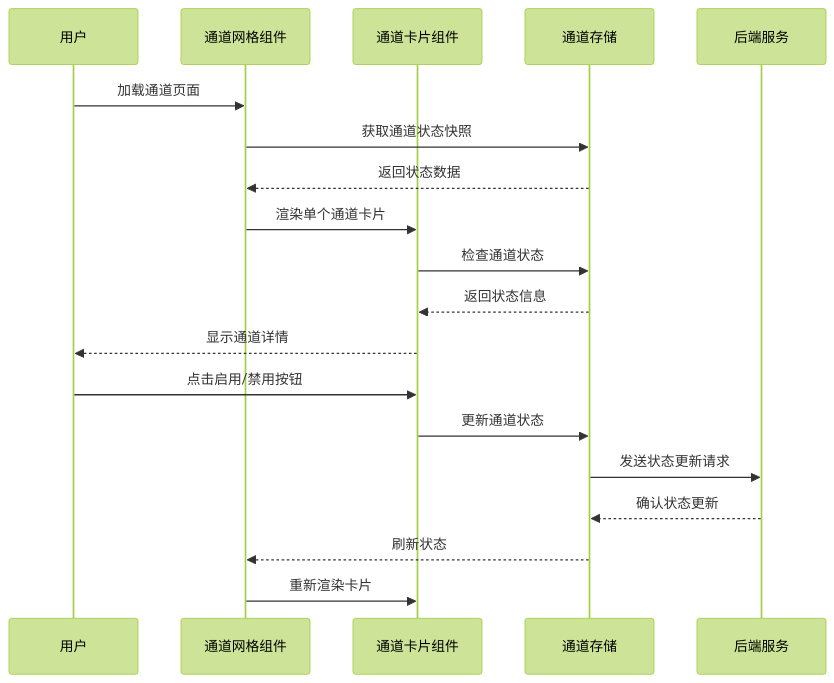
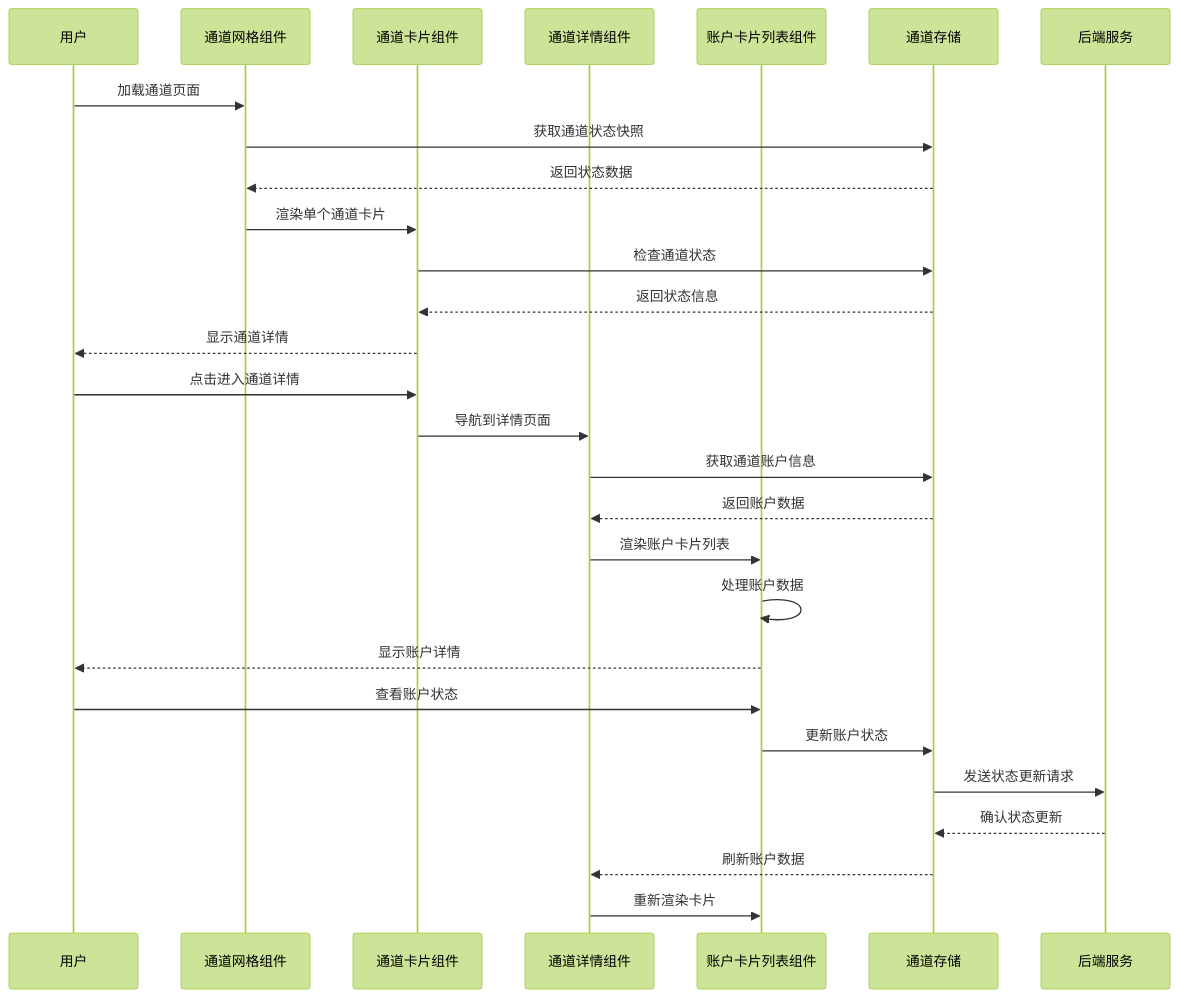
The second of 7 diagrams in .qoder/repowiki/zh/content/Web界面/UI组件系统/通道网格布局系统.md (verse-ai-org/openclaw), drawn with Mermaid (forest theme) before and after one commit. The commit also changed other lines of this file and 86 other files, not shown here.

````diff
--- a/.qoder/repowiki/zh/content/Web界面/UI组件系统/通道网格布局系统.md
+++ b/.qoder/repowiki/zh/content/Web界面/UI组件系统/通道网格布局系统.md
@@ -115,21 +157,30 @@
 ```mermaid
 sequenceDiagram
 participant User as 用户
 participant ChannelGrid as 通道网格组件
 participant ChannelCard as 通道卡片组件
+participant ChannelDetail as 通道详情组件
+participant AccountCardList as 账户卡片列表组件
 participant Store as 通道存储
 participant Backend as 后端服务
 User->>ChannelGrid : 加载通道页面
 ChannelGrid->>Store : 获取通道状态快照
 Store-->>ChannelGrid : 返回状态数据
 ChannelGrid->>ChannelCard : 渲染单个通道卡片
 ChannelCard->>Store : 检查通道状态
 Store-->>ChannelCard : 返回状态信息
 ChannelCard-->>User : 显示通道详情
-User->>ChannelCard : 点击启用/禁用按钮
-ChannelCard->>Store : 更新通道状态
+User->>ChannelCard : 点击进入通道详情
+ChannelCard->>ChannelDetail : 导航到详情页面
+ChannelDetail->>Store : 获取通道账户信息
+Store-->>ChannelDetail : 返回账户数据
+ChannelDetail->>AccountCardList : 渲染账户卡片列表
+AccountCardList->>AccountCardList : 处理账户数据
+AccountCardList-->>User : 显示账户详情
+User->>AccountCardList : 查看账户状态
+AccountCardList->>Store : 更新账户状态
 Store->>Backend : 发送状态更新请求
 Backend-->>Store : 确认状态更新
-Store-->>ChannelGrid : 刷新状态
-ChannelGrid->>ChannelCard : 重新渲染卡片
+Store-->>ChannelDetail : 刷新账户数据
+ChannelDetail->>AccountCardList : 重新渲染卡片
 ```
````
